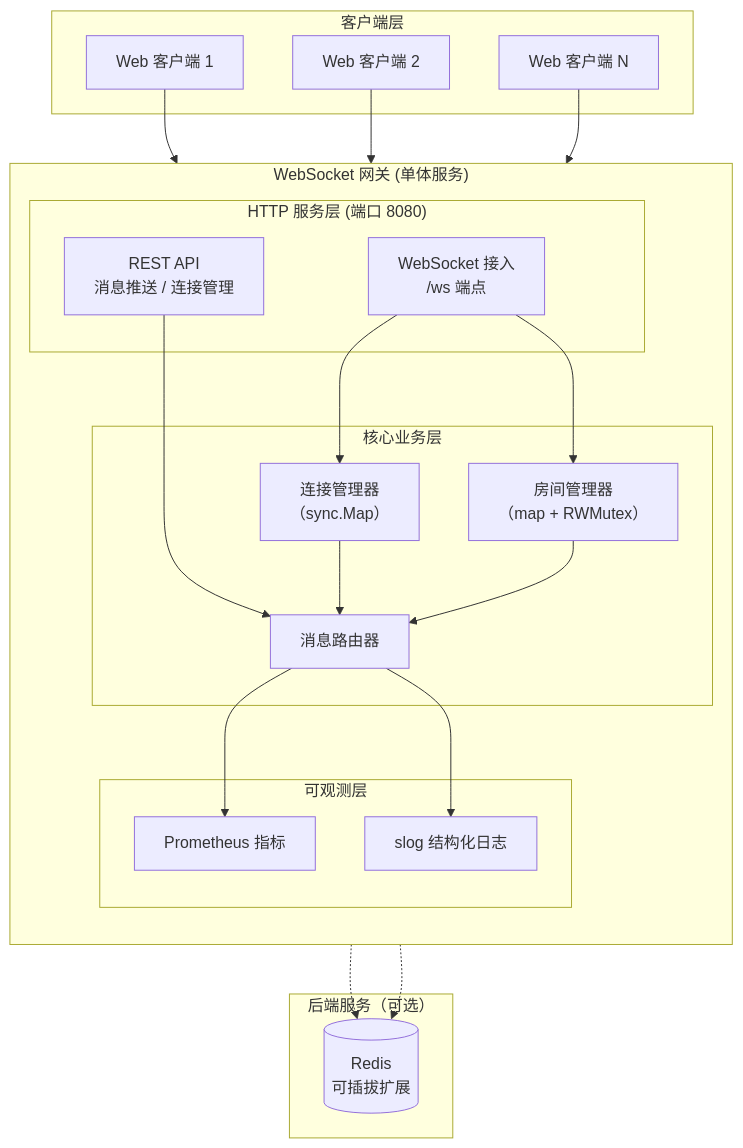
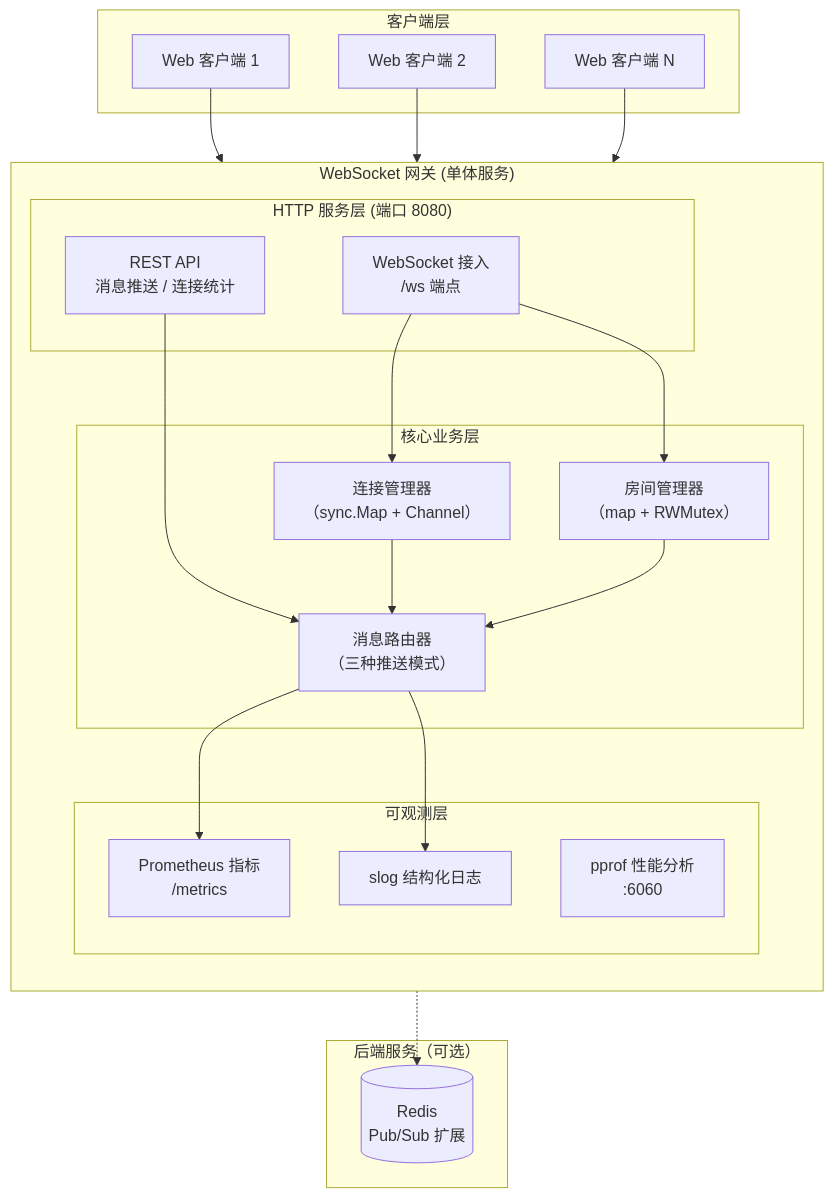
Before and after one commit to alac19/se-go-ws-gateway-2026: the first of 4 diagrams in docs/4-系统设计文档.md, drawn with Mermaid. The commit also changed other lines of this file and 13 other files, not shown here.

````diff
--- a/docs/4-系统设计文档.md
+++ b/docs/4-系统设计文档.md
@@ -23,47 +23,47 @@
 ```mermaid
 flowchart TB
     subgraph Client["客户端层"]
         C1["Web 客户端 1"]
         C2["Web 客户端 2"]
         C3["Web 客户端 N"]
     end
 
     subgraph Gateway["WebSocket 网关 (单体服务)"]
         direction TB
         
         subgraph HTTP["HTTP 服务层 (端口 8080)"]
-            REST["REST API<br>消息推送 / 连接管理"]
+            REST["REST API<br>消息推送 / 连接统计"]
             WS["WebSocket 接入<br>/ws 端点"]
         end
         
         subgraph Core["核心业务层"]
-            ConnMgr["连接管理器<br>（sync.Map）"]
+            ConnMgr["连接管理器<br>（sync.Map + Channel）"]
             RoomMgr["房间管理器<br>（map + RWMutex）"]
-            MsgRouter["消息路由器"]
+            MsgRouter["消息路由器<br>（三种推送模式）"]
         end
         
         subgraph Mon["可观测层"]
-            Metrics["Prometheus 指标"]
+            Metrics["Prometheus 指标<br>/metrics"]
             Logger["slog 结构化日志"]
+            Pprof["pprof 性能分析<br>:6060"]
         end
     end
 
     subgraph Backend["后端服务（可选）"]
-        Redis[("Redis<br>可插拔扩展")]
+        Redis[("Redis<br>Pub/Sub 扩展")]
     end
 
     C1 & C2 & C3 --> WS
     
     REST --> MsgRouter
     WS --> ConnMgr
     WS --> RoomMgr
     
     ConnMgr --> MsgRouter
     RoomMgr --> MsgRouter
     
     MsgRouter --> Metrics
     MsgRouter --> Logger
     
-    ConnMgr -.-> Redis
-    RoomMgr -.-> Redis
+    MsgRouter -.-> Redis
 ```
````
